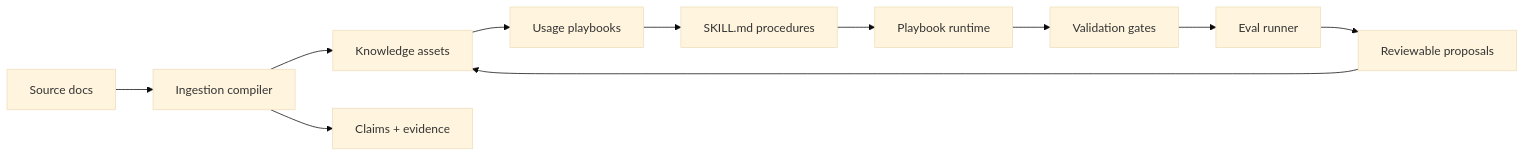
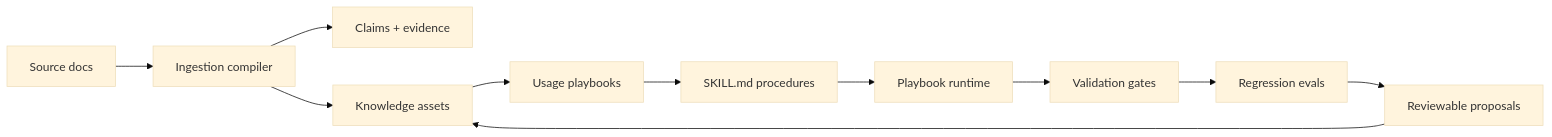
One commit to 2sao7sao/EvolveKB changed the diagram in README.md. Above: the diagram before and after it, drawn with Mermaid (base theme). The commit also changed other lines of this file and 10 other files, not shown here.

````diff
--- a/README.md
+++ b/README.md
@@ -143,13 +165,13 @@
 ```mermaid
 flowchart LR
   A["Source docs"] --> B["Ingestion compiler"]
-  B --> C["Knowledge assets"]
-  B --> D["Claims + evidence"]
-  C --> E["Usage playbooks"]
+  B --> C["Claims + evidence"]
+  B --> D["Knowledge assets"]
+  D --> E["Usage playbooks"]
   E --> F["SKILL.md procedures"]
   F --> G["Playbook runtime"]
   G --> H["Validation gates"]
-  H --> I["Eval runner"]
+  H --> I["Regression evals"]
   I --> J["Reviewable proposals"]
-  J --> C
+  J --> D
 ```
````
